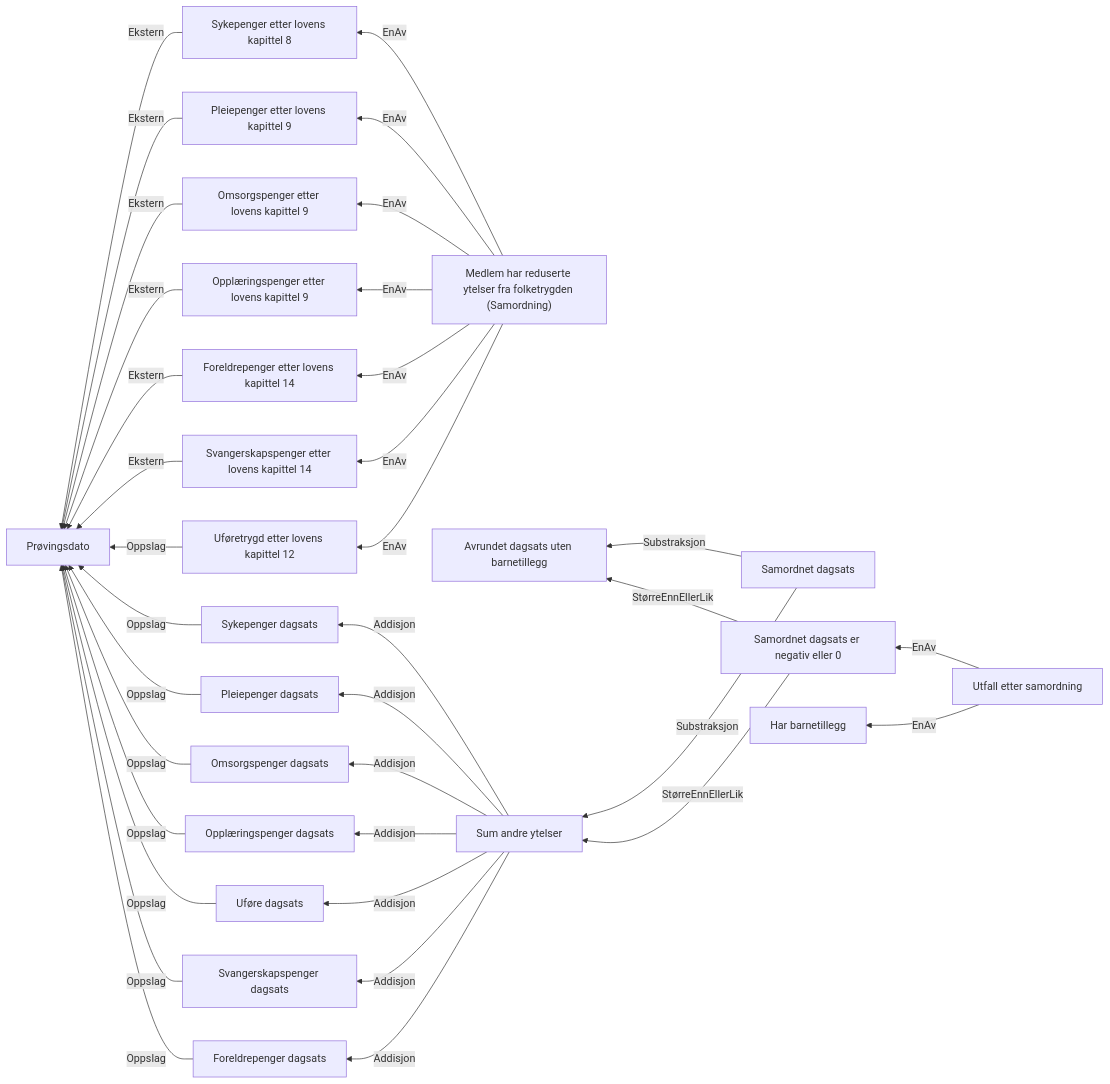
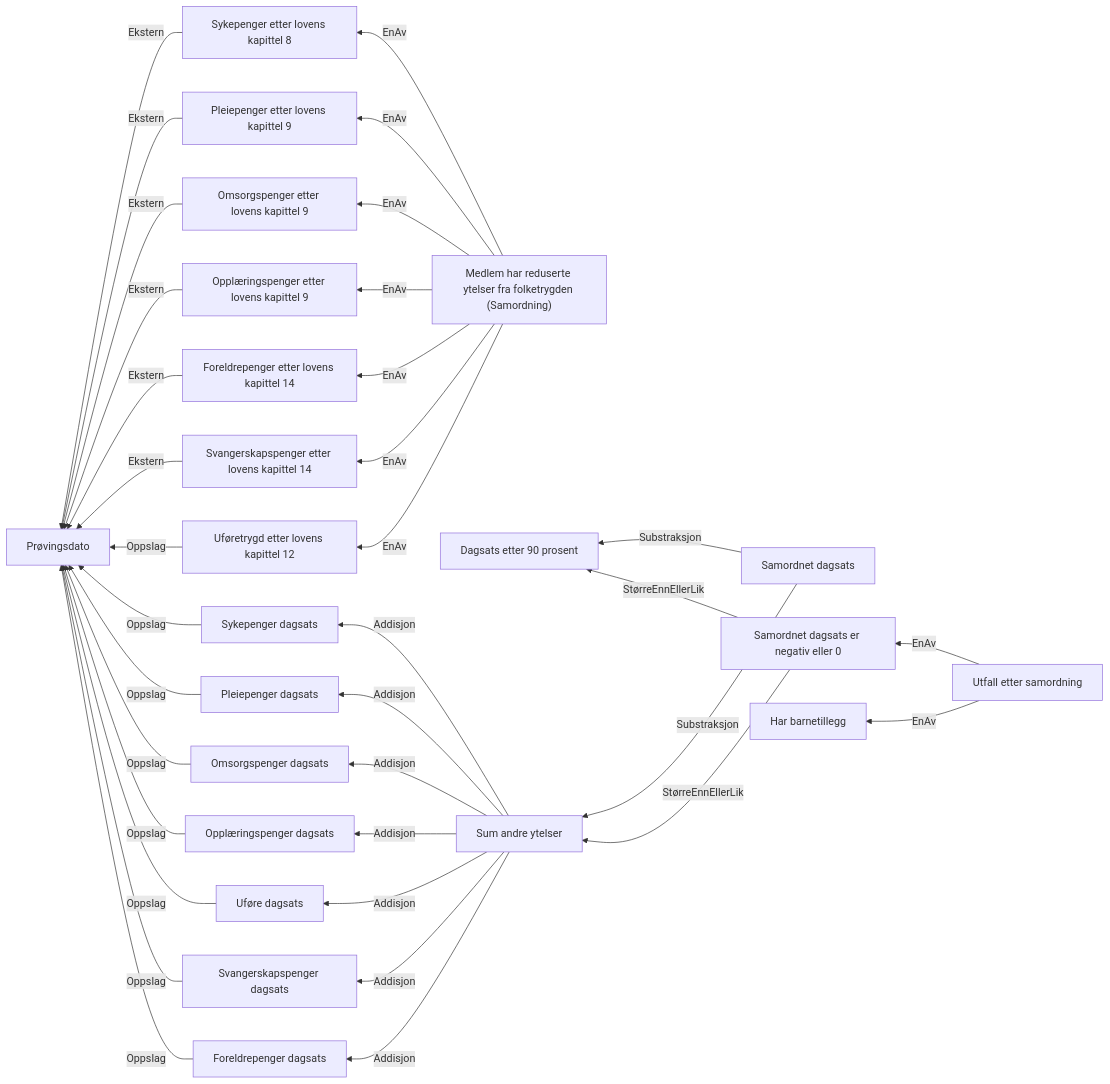
The diagram in docs/regler/§ 4-25.Samordning med reduserte ytelser fra folketrygden, eller redusert avtalefestet pensjon.approved.md (navikt/dp-vedtak), drawn with Mermaid before and after one commit. The commit also changed other lines of this file and 10 other files, not shown here.

````diff
--- a/docs/regler/§ 4-25.Samordning med reduserte ytelser fra folketrygden, eller redusert avtalefestet pensjon.approved.md
+++ b/docs/regler/§ 4-25.Samordning med reduserte ytelser fra folketrygden, eller redusert avtalefestet pensjon.approved.md
@@ -5,37 +5,37 @@
 ```mermaid
 graph RL
   A["Sykepenger etter lovens kapittel 8"] -->|"Ekstern"| B["Prøvingsdato"]
   C["Pleiepenger etter lovens kapittel 9"] -->|"Ekstern"| B["Prøvingsdato"]
   D["Omsorgspenger etter lovens kapittel 9"] -->|"Ekstern"| B["Prøvingsdato"]
   E["Opplæringspenger etter lovens kapittel 9"] -->|"Ekstern"| B["Prøvingsdato"]
   F["Foreldrepenger etter lovens kapittel 14"] -->|"Ekstern"| B["Prøvingsdato"]
   G["Svangerskapspenger etter lovens kapittel 14"] -->|"Ekstern"| B["Prøvingsdato"]
   H["Uføretrygd etter lovens kapittel 12"] -->|"Oppslag"| B["Prøvingsdato"]
   I["Sykepenger dagsats"] -->|"Oppslag"| B["Prøvingsdato"]
   J["Pleiepenger dagsats"] -->|"Oppslag"| B["Prøvingsdato"]
   K["Omsorgspenger dagsats"] -->|"Oppslag"| B["Prøvingsdato"]
   L["Opplæringspenger dagsats"] -->|"Oppslag"| B["Prøvingsdato"]
   M["Uføre dagsats"] -->|"Oppslag"| B["Prøvingsdato"]
   N["Svangerskapspenger dagsats"] -->|"Oppslag"| B["Prøvingsdato"]
   O["Foreldrepenger dagsats"] -->|"Oppslag"| B["Prøvingsdato"]
   P["Sum andre ytelser"] -->|"Addisjon"| I["Sykepenger dagsats"]
   P["Sum andre ytelser"] -->|"Addisjon"| J["Pleiepenger dagsats"]
   P["Sum andre ytelser"] -->|"Addisjon"| K["Omsorgspenger dagsats"]
   P["Sum andre ytelser"] -->|"Addisjon"| L["Opplæringspenger dagsats"]
   P["Sum andre ytelser"] -->|"Addisjon"| M["Uføre dagsats"]
   P["Sum andre ytelser"] -->|"Addisjon"| O["Foreldrepenger dagsats"]
   P["Sum andre ytelser"] -->|"Addisjon"| N["Svangerskapspenger dagsats"]
-  Q["Samordnet dagsats"] -->|"Substraksjon"| R["Avrundet dagsats uten barnetillegg"]
+  Q["Samordnet dagsats"] -->|"Substraksjon"| R["Dagsats etter 90 prosent"]
   Q["Samordnet dagsats"] -->|"Substraksjon"| P["Sum andre ytelser"]
-  S["Samordnet dagsats er negativ eller 0"] -->|"StørreEnnEllerLik"| R["Avrundet dagsats uten barnetillegg"]
+  S["Samordnet dagsats er negativ eller 0"] -->|"StørreEnnEllerLik"| R["Dagsats etter 90 prosent"]
   S["Samordnet dagsats er negativ eller 0"] -->|"StørreEnnEllerLik"| P["Sum andre ytelser"]
   T["Utfall etter samordning"] -->|"EnAv"| S["Samordnet dagsats er negativ eller 0"]
   T["Utfall etter samordning"] -->|"EnAv"| U["Har barnetillegg"]
   V["Medlem har reduserte ytelser fra folketrygden (Samordning)"] -->|"EnAv"| A["Sykepenger etter lovens kapittel 8"]
   V["Medlem har reduserte ytelser fra folketrygden (Samordning)"] -->|"EnAv"| C["Pleiepenger etter lovens kapittel 9"]
   V["Medlem har reduserte ytelser fra folketrygden (Samordning)"] -->|"EnAv"| D["Omsorgspenger etter lovens kapittel 9"]
   V["Medlem har reduserte ytelser fra folketrygden (Samordning)"] -->|"EnAv"| E["Opplæringspenger etter lovens kapittel 9"]
   V["Medlem har reduserte ytelser fra folketrygden (Samordning)"] -->|"EnAv"| H["Uføretrygd etter lovens kapittel 12"]
   V["Medlem har reduserte ytelser fra folketrygden (Samordning)"] -->|"EnAv"| F["Foreldrepenger etter lovens kapittel 14"]
   V["Medlem har reduserte ytelser fra folketrygden (Samordning)"] -->|"EnAv"| G["Svangerskapspenger etter lovens kapittel 14"]
 ```
````
